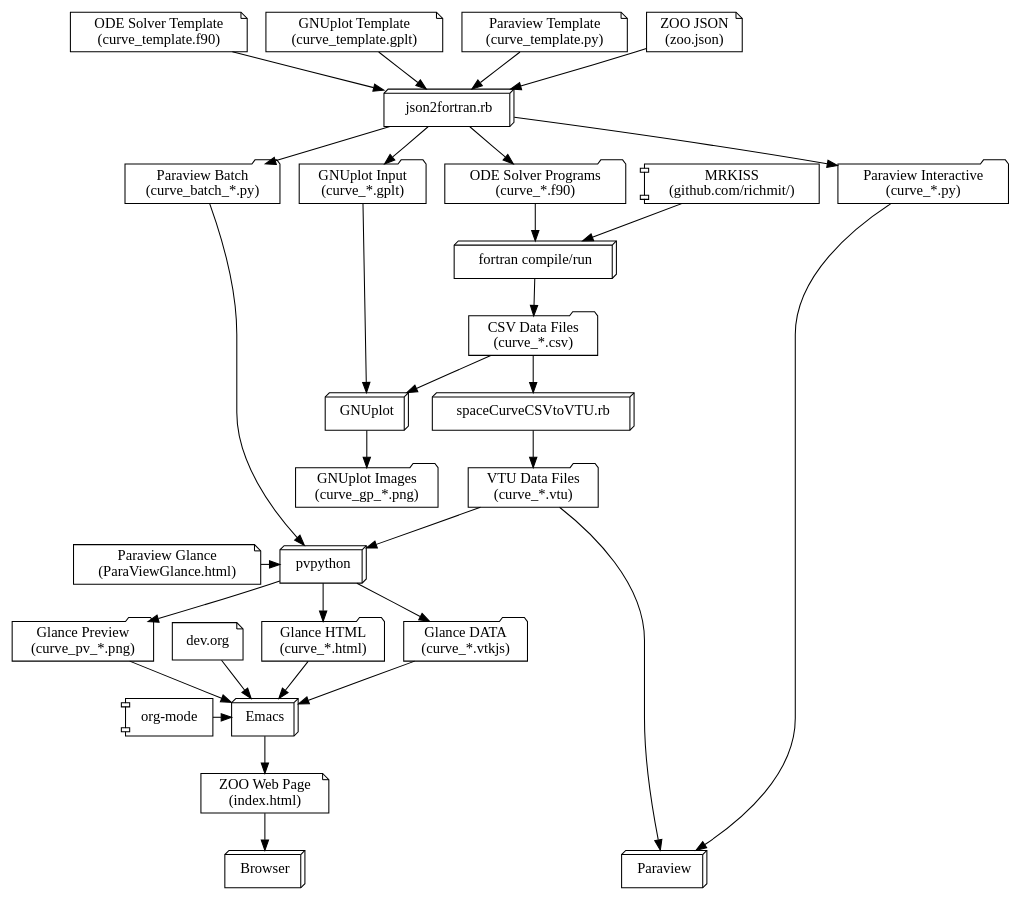
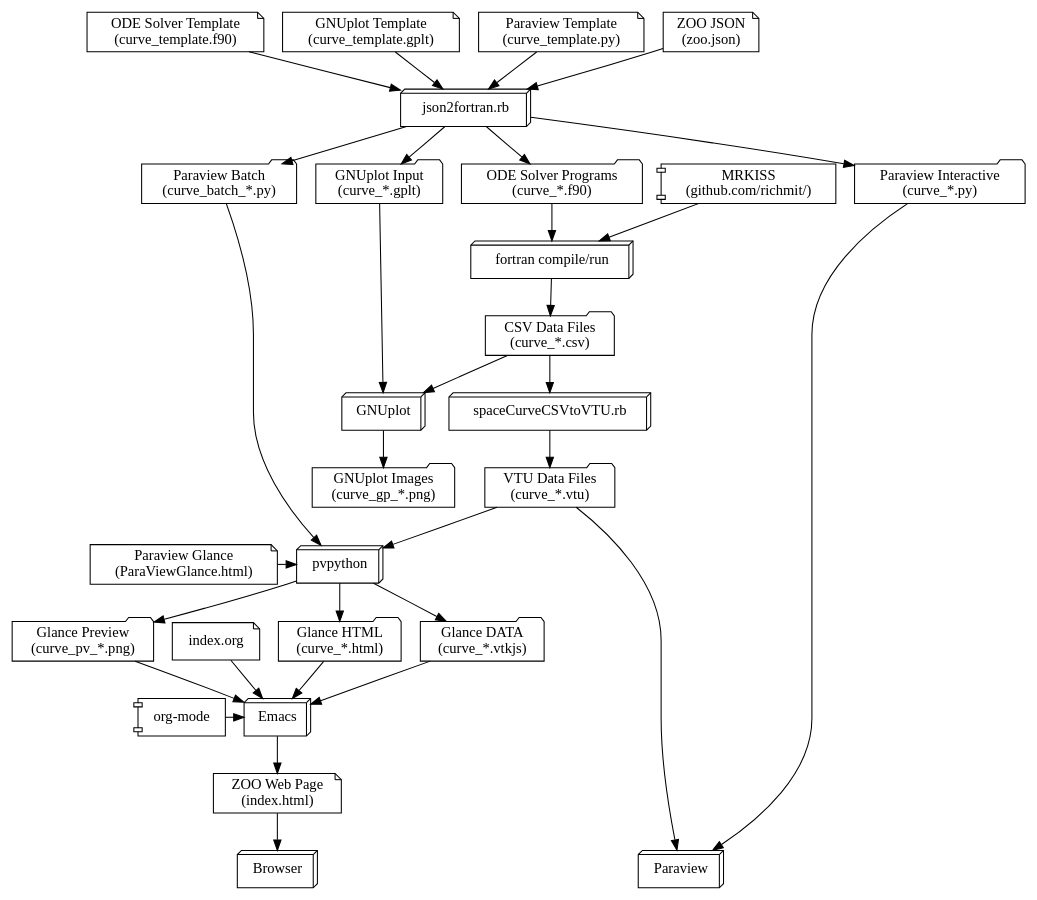
The diagram in docs/dev.org (richmit/StrangeAttractorZoo), drawn with Graphviz before and after one commit. The commit also changed 173 other files, not shown here.

```diff
--- a/docs/dev.org
+++ b/docs/dev.org
@@ -96,10 +96,10 @@
 
     "org-mode" [shape="component"];
     "Emacs" [shape="box3d"];
-    "dev.org" [shape="note"];
+    "index.org" [shape="note"];
 
     "org-mode" -> "Emacs";
-    "dev.org" -> "Emacs";
+    "index.org" -> "Emacs";
 
     "Glance HTML\n(curve_*.html)" -> "Emacs";
     "Glance DATA\n(curve_*.vtkjs)" -> "Emacs";
@@ -120,7 +120,7 @@
     { rank = same; "CSV Data Files\n(curve_*.csv)"; }
     { rank = same; "spaceCurveCSVtoVTU.rb"; "GNUplot"; }
     { rank = same; "VTU Data Files\n(curve_*.vtu)"; "GNUplot Images\n(curve_gp_*.png)"; }
-    { rank = same; "Glance HTML\n(curve_*.html)"; "Glance DATA\n(curve_*.vtkjs)"; "Glance Preview\n(curve_pv_*.png)"; "dev.org";}
+    { rank = same; "Glance HTML\n(curve_*.html)"; "Glance DATA\n(curve_*.vtkjs)"; "Glance Preview\n(curve_pv_*.png)"; "index.org";}
     { rank = same;  "org-mode"; "Emacs"; }
     { rank = max;  "Browser"; "Paraview";  }
 
```
